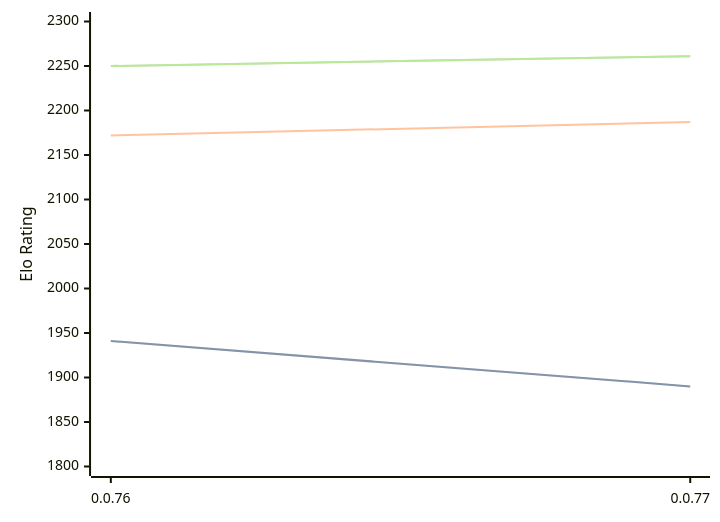
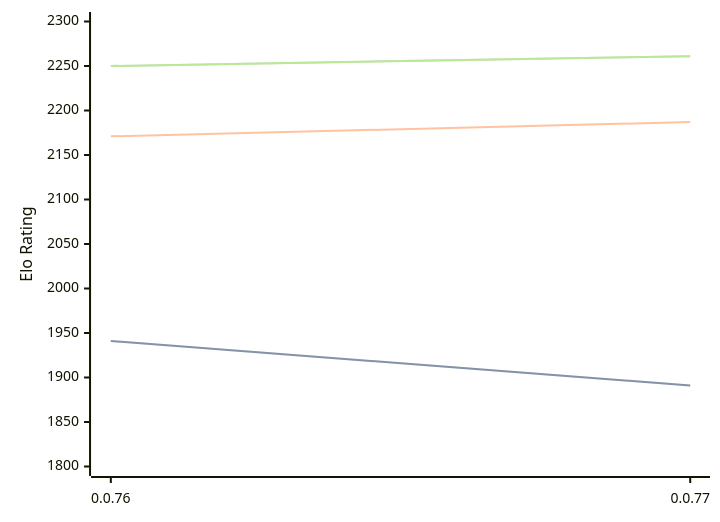
Before and after one commit to computer-chess-index/cci: the diagram in engines/Fktb.md, drawn with Mermaid. The commit also changed other lines of this file, not shown here.

Commit message:
Update CCI Ratings (ELO VLTC) - 2026-04-29

````diff
--- a/engines/Fktb.md
+++ b/engines/Fktb.md
@@ -32,11 +32,11 @@
 ```mermaid
 %%{init: {"theme":"base","themeVariables":{"seriesColors:['#a3a3a3','#222221','#faa371']}}}%%
 xychart-beta
   x-axis ["0.0.76", "0.0.77"]
   y-axis "Elo Rating" 1800 --> 2300
-  line "STC (8.0+0.08s)" [1941, 1890]
-  line "STC (8.0+0.08s)" [1941, 1890]
-  line "LTC (60.0+0.60s)" [2172, 2187]
+  line "STC (8.0+0.08s)" [1941, 1891]
+  line "STC (8.0+0.08s)" [1941, 1891]
+  line "LTC (60.0+0.60s)" [2171, 2187]
   line "VLTC (2m24s+1.12s)" [2250, 2261]
   line "VLTC (2m24s+1.12s)" [2250, 2261]
 ```
````
